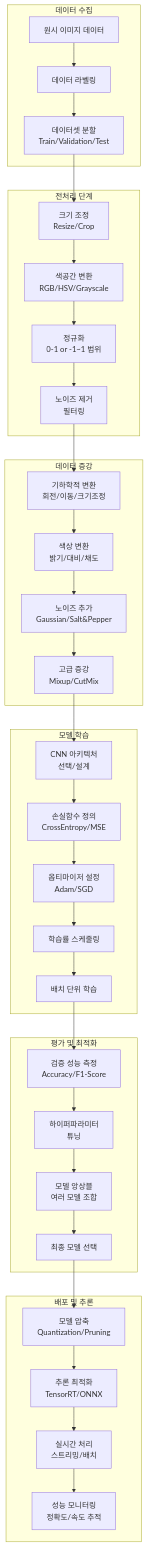
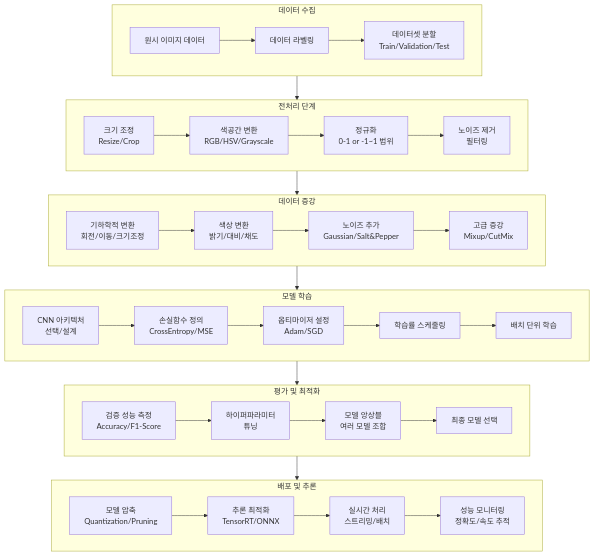
Before and after one commit to c0z0c/sprint_mission: the fourth of 10 diagrams in 스터디/이미지와_컴퓨터비전.md, drawn with Mermaid. The commit also changed other lines of this file, not shown here.

````diff
--- a/스터디/이미지와_컴퓨터비전.md
+++ b/스터디/이미지와_컴퓨터비전.md
@@ -239,44 +345,56 @@
 ```mermaid
 flowchart TD
     subgraph DataCollection ["데이터 수집"]
+        direction LR
+
         A1["원시 이미지 데이터"] --> A2["데이터 라벨링"]
         A2 --> A3["데이터셋 분할<br/>Train/Validation/Test"]
     end
     
     subgraph Preprocessing ["전처리 단계"]
+        direction LR
+        
         B1["크기 조정<br/>Resize/Crop"] --> B2["색공간 변환<br/>RGB/HSV/Grayscale"]
         B2 --> B3["정규화<br/>0-1 or -1~1 범위"]
         B3 --> B4["노이즈 제거<br/>필터링"]
     end
     
     subgraph DataAug ["데이터 증강"]
+        direction LR
+        
         C1["기하학적 변환<br/>회전/이동/크기조정"] --> C2["색상 변환<br/>밝기/대비/채도"]
         C2 --> C3["노이즈 추가<br/>Gaussian/Salt&Pepper"]
         C3 --> C4["고급 증강<br/>Mixup/CutMix"]
     end
     
     subgraph Training ["모델 학습"]
+        direction LR
+        
         D1["CNN 아키텍처<br/>선택/설계"] --> D2["손실함수 정의<br/>CrossEntropy/MSE"]
         D2 --> D3["옵티마이저 설정<br/>Adam/SGD"]
         D3 --> D4["학습률 스케줄링"]
         D4 --> D5["배치 단위 학습"]
     end
     
     subgraph Evaluation ["평가 및 최적화"]
+        direction LR
+        
         E1["검증 성능 측정<br/>Accuracy/F1-Score"] --> E2["하이퍼파라미터<br/>튜닝"]
         E2 --> E3["모델 앙상블<br/>여러 모델 조합"]
         E3 --> E4["최종 모델 선택"]
     end
     
     subgraph Deployment ["배포 및 추론"]
+        direction LR
+        
         F1["모델 압축<br/>Quantization/Pruning"] --> F2["추론 최적화<br/>TensorRT/ONNX"]
         F2 --> F3["실시간 처리<br/>스트리밍/배치"]
         F3 --> F4["성능 모니터링<br/>정확도/속도 추적"]
     end
     
-    A3 --> B1
-    B4 --> C1
-    C4 --> D1
-    D5 --> E1
-    E4 --> F1
+    DataCollection --> Preprocessing
+    Preprocessing --> DataAug
+    DataAug --> Training
+    Training --> Evaluation
+    Evaluation --> Deployment
 ```
````
